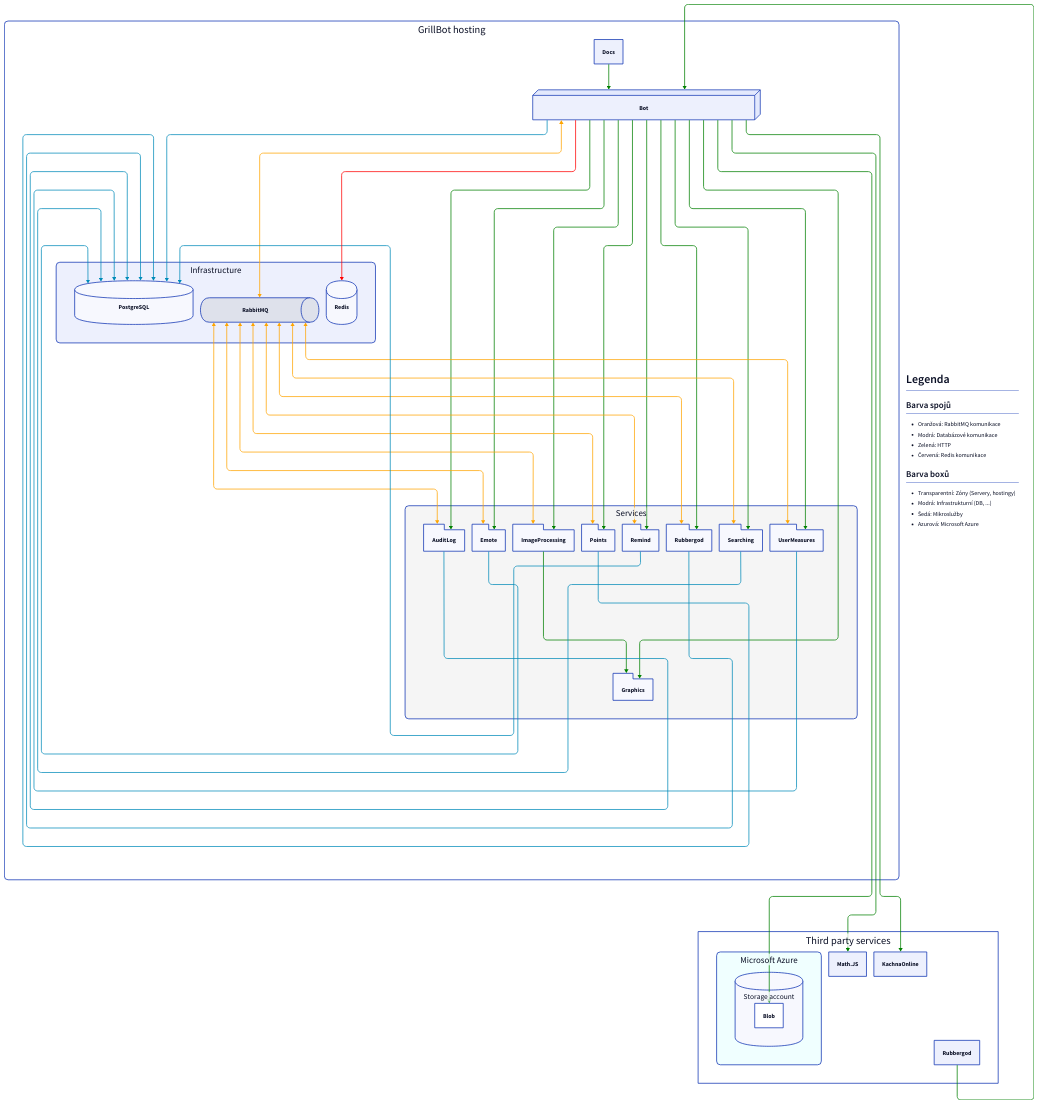
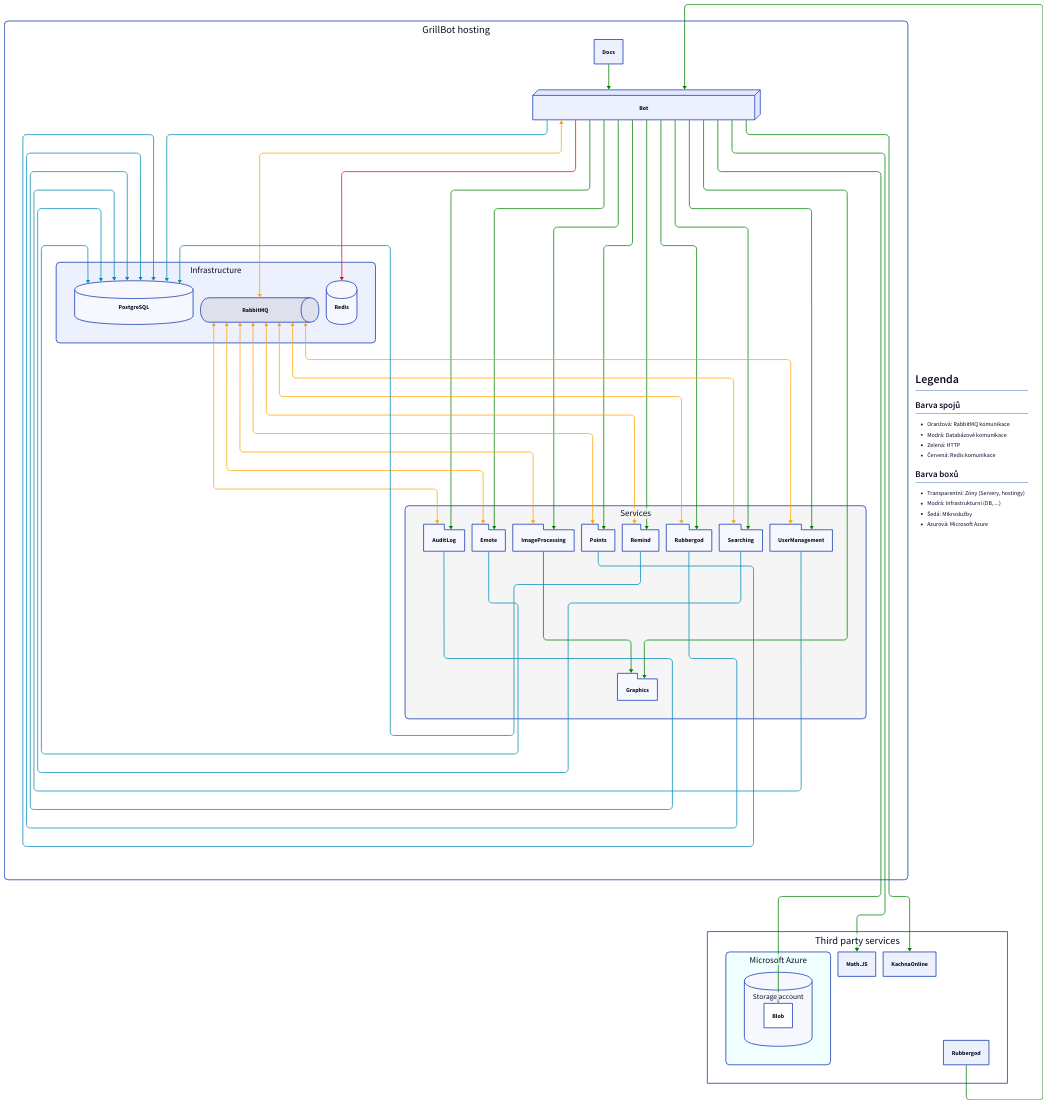
The diagram in data/communication.d2 (GrillBot/grillbot-docs), drawn with D2 before and after one commit. The commit also changed 5 other files, not shown here.

First line of the commit message:
Document UserManagement as the owner of infractions

```diff
--- a/data/communication.d2
+++ b/data/communication.d2
@@ -1,155 +1,155 @@
 vars: {
   d2-config: {
     layout-engine: elk
   }
 }
 
 # Legend
 legend: |md
   # Legenda
   ## Barva spojů
   - Oranžová: RabbitMQ komunikace
   - Modrá: Databázové komunikace
   - Zelená: HTTP
   - Červená: Redis komunikace
 
   ## Barva boxů
   - Transparentní: Zóny (Servery, hostingy)
   - Modrá: Infrastrukturní (DB, ...)
   - Šedá: Mikroslužby
   - Azurová: Microsoft Azure
 |
 
 classes: {
   postgres_relation: {
     style: {
       stroke: "#008bb9"
     }
   }
 
   http_relation: {
     style: {
       stroke: green
     }
   }
 
   rabbit_relation: {
     style: {
       stroke: orange
     }
   }
 
   redis_relation: {
     style: {
       stroke: red
     }
   }
 }
 
 # Definitions
 GrillBot.Infrastructure: {
   style: {border-radius: 10}
 
   PostgreSQL: {shape: cylinder}
   RabbitMQ: {shape: queue}
   Redis: {shape: cylinder}
 }
 
 GrillBot: {
   label: GrillBot hosting
 
   style: {
     fill: transparent
     border-radius: 10
   }
 
   Bot: {
     style: {3d: true}
   }
 
   Services: {
     style: {
       fill: whitesmoke
       border-radius: 10
     }
 
     AuditLog: {shape: package}
     Emote: {shape: package}
     ImageProcessing: {shape: package}
     Points: {shape: package}
     Remind: {shape: package}
     Rubbergod: {shape: package}
     Searching: {shape: package}
-    UserMeasures: {shape: package}
+    UserManagement: {shape: package}
     Graphics: {shape: package}
   }
 }
 
 ThirdParty: {
   label: Third party services
   style: {fill: transparent}
 
   Azure: {
     label: Microsoft Azure
     style: {border-radius: 10}
 
     style: {
       fill: azure
       border-radius: 10
     }
   }
 
   Azure.StorageAccount: {
     label: Storage account
     shape: cylinder
   }
 }
 
 # Third party external services communication (Bot -> Service)
 GrillBot.Bot -> ThirdParty.Math\.JS: {class: http_relation}
 GrillBot.Bot -> ThirdParty.KachnaOnline: {class: http_relation}
 GrillBot.Bot -> ThirdParty.Azure.StorageAccount.Blob: {class: http_relation}
 
 # Third party external services communication (Service -> Bot)
 ThirdParty.Rubbergod -> GrillBot.Bot: {class: http_relation}
 
 # Internal communication (Service -> Bot)
 GrillBot.Docs -> GrillBot.Bot: {class: http_relation}
 
 # Internal communication (Bot -> Service)
 GrillBot.Bot -> GrillBot.Services.AuditLog: {class: http_relation}
 GrillBot.Bot -> GrillBot.Services.Emote: {class: http_relation}
 GrillBot.Bot -> GrillBot.Services.ImageProcessing: {class: http_relation}
 GrillBot.Bot -> GrillBot.Services.Points: {class: http_relation}
 GrillBot.Bot -> GrillBot.Services.Remind: {class: http_relation}
 GrillBot.Bot -> GrillBot.Services.Rubbergod: {class: http_relation}
 GrillBot.Bot -> GrillBot.Services.Searching: {class: http_relation}
-GrillBot.Bot -> GrillBot.Services.UserMeasures: {class: http_relation}
+GrillBot.Bot -> GrillBot.Services.UserManagement: {class: http_relation}
 GrillBot.Bot -> GrillBot.Services.Graphics: {class: http_relation}
 
 # Internal communication (Service -> Service)
 GrillBot.Services.ImageProcessing -> GrillBot.Services.Graphics: {class: http_relation}
 
 # RabbitMQ communication
 GrillBot.Bot <-> GrillBot.Infrastructure.RabbitMQ: {class: rabbit_relation}
 GrillBot.Infrastructure.RabbitMQ <-> GrillBot.Services.AuditLog: {class: rabbit_relation}
 GrillBot.Infrastructure.RabbitMQ <-> GrillBot.Services.Emote: {class: rabbit_relation}
 GrillBot.Infrastructure.RabbitMQ <-> GrillBot.Services.ImageProcessing: {class: rabbit_relation}
 GrillBot.Infrastructure.RabbitMQ <-> GrillBot.Services.Points: {class: rabbit_relation}
 GrillBot.Infrastructure.RabbitMQ <-> GrillBot.Services.Remind: {class: rabbit_relation}
 GrillBot.Infrastructure.RabbitMQ <-> GrillBot.Services.Rubbergod: {class: rabbit_relation}
 GrillBot.Infrastructure.RabbitMQ <-> GrillBot.Services.Searching: {class: rabbit_relation}
-GrillBot.Infrastructure.RabbitMQ <-> GrillBot.Services.UserMeasures: {class: rabbit_relation}
+GrillBot.Infrastructure.RabbitMQ <-> GrillBot.Services.UserManagement: {class: rabbit_relation}
 
 # Database communication
 GrillBot.Bot -> GrillBot.Infrastructure.PostgreSQL: {class: postgres_relation}
 GrillBot.Services.AuditLog -> GrillBot.Infrastructure.PostgreSQL: {class: postgres_relation}
 GrillBot.Services.Emote -> GrillBot.Infrastructure.PostgreSQL: {class: postgres_relation}
 GrillBot.Services.Points -> GrillBot.Infrastructure.PostgreSQL: {class: postgres_relation}
 GrillBot.Services.Remind -> GrillBot.Infrastructure.PostgreSQL: {class: postgres_relation}
 GrillBot.Services.Rubbergod -> GrillBot.Infrastructure.PostgreSQL: {class: postgres_relation}
 GrillBot.Services.Searching -> GrillBot.Infrastructure.PostgreSQL: {class: postgres_relation}
-GrillBot.Services.UserMeasures -> GrillBot.Infrastructure.PostgreSQL: {class: postgres_relation}
+GrillBot.Services.UserManagement -> GrillBot.Infrastructure.PostgreSQL: {class: postgres_relation}
 
 # Redis communication
 GrillBot.Bot -> GrillBot.Infrastructure.Redis: {class: redis_relation}
```
